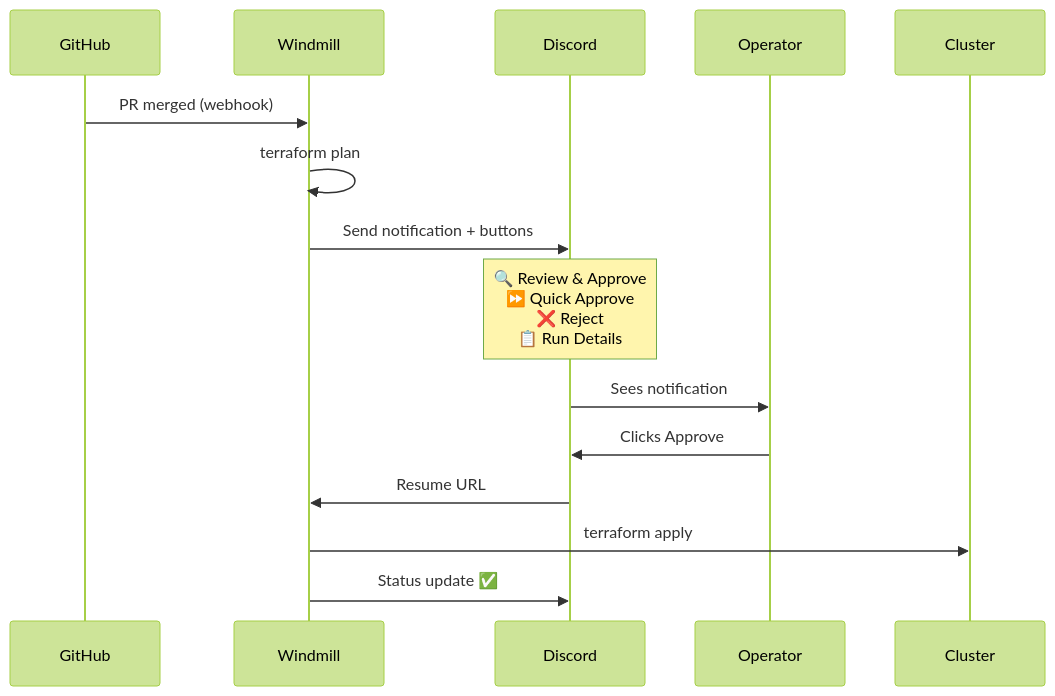
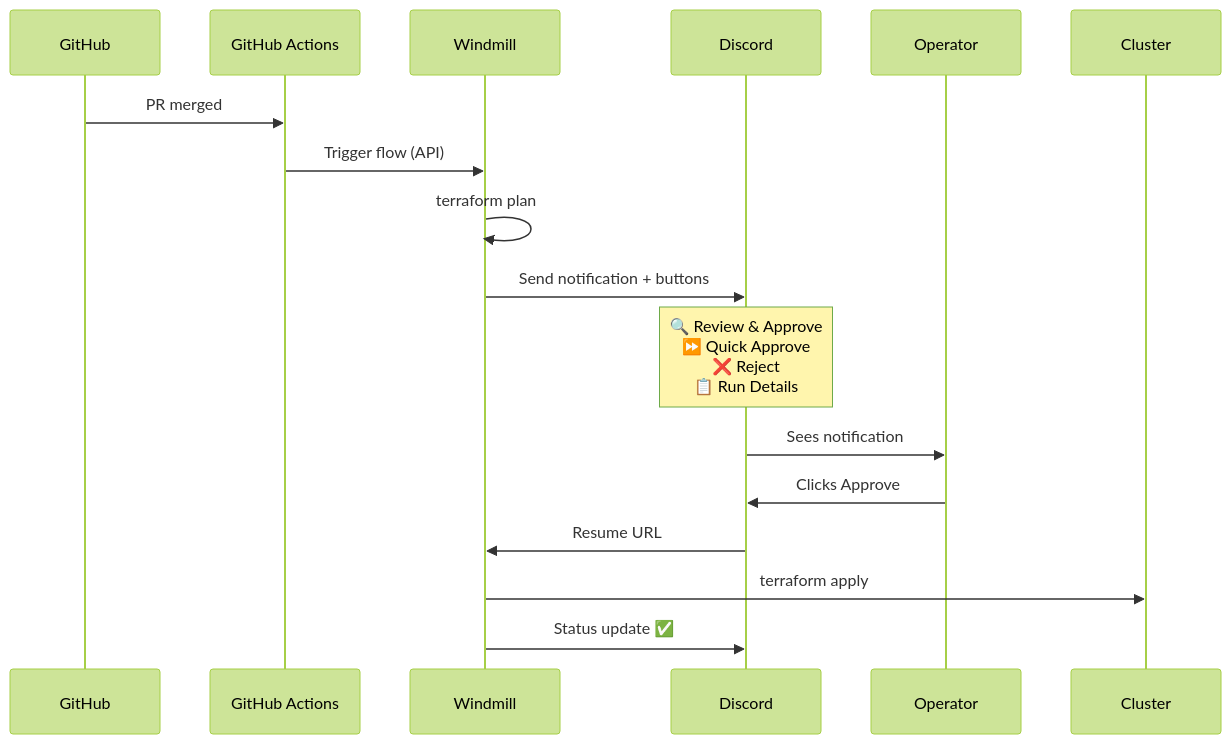
Before and after one commit to fzymgc-house/selfhosted-cluster: the third of 3 diagrams in README.md, drawn with Mermaid (forest theme). The commit also changed other lines of this file and 1 other file, not shown here.

First line of the commit message:
docs: fix diagram accuracy issues from PR review

````diff
--- a/README.md
+++ b/README.md
@@ -110,18 +112,20 @@
 ```mermaid
 sequenceDiagram
     participant GH as GitHub
+    participant GHA as GitHub Actions
     participant WM as Windmill
     participant DC as Discord
     participant OP as Operator
     participant K8s as Cluster
 
-    GH->>WM: PR merged (webhook)
+    GH->>GHA: PR merged
+    GHA->>WM: Trigger flow (API)
     WM->>WM: terraform plan
     WM->>DC: Send notification + buttons
     Note over DC: 🔍 Review & Approve<br/>⏩ Quick Approve<br/>❌ Reject<br/>📋 Run Details
     DC->>OP: Sees notification
     OP->>DC: Clicks Approve
     DC->>WM: Resume URL
     WM->>K8s: terraform apply
     WM->>DC: Status update ✅
 ```
````
